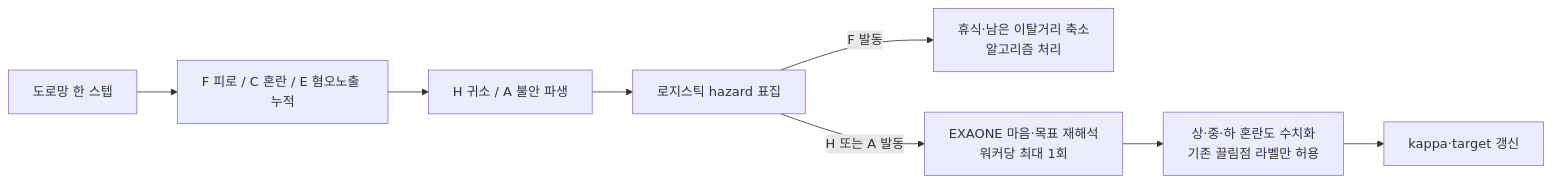
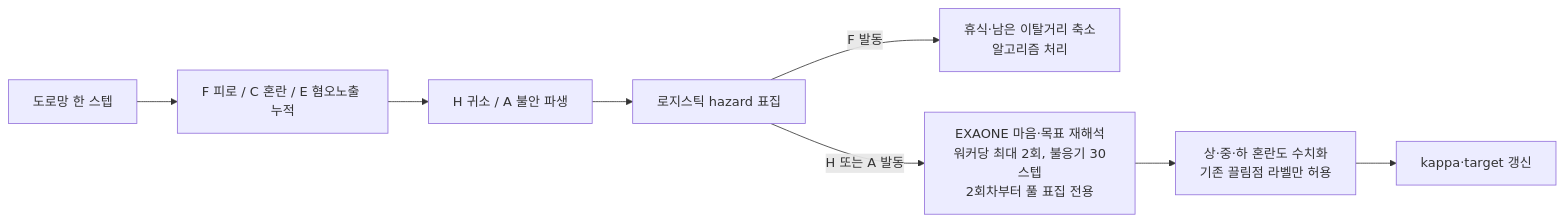
One commit to Donghaeng-AI-ROOKIE/Come-back-home changed the eighth of 12 diagrams in docs/IMPLEMENTATION_ARCHITECTURE.md. Above: the diagram before and after it, drawn with Mermaid. The commit also changed other lines of this file and 6 other files, not shown here.

````diff
--- a/docs/IMPLEMENTATION_ARCHITECTURE.md
+++ b/docs/IMPLEMENTATION_ARCHITECTURE.md
@@ -427,10 +427,10 @@
 ```mermaid
 flowchart LR
     STEP["도로망 한 스텝"] --> FCE["F 피로 / C 혼란 / E 혐오노출 누적"]
     FCE --> HA["H 귀소 / A 불안 파생"]
     HA --> HAZ["로지스틱 hazard 표집"]
     HAZ -- "F 발동" --> ALG["휴식·남은 이탈거리 축소<br/>알고리즘 처리"]
-    HAZ -- "H 또는 A 발동" --> LLM["EXAONE 마음·목표 재해석<br/>워커당 최대 1회"]
+    HAZ -- "H 또는 A 발동" --> LLM["EXAONE 마음·목표 재해석<br/>워커당 최대 2회, 불응기 30스텝<br/>2회차부터 풀 표집 전용"]
     LLM --> SAFE["상·중·하 혼란도 수치화<br/>기존 끌림점 라벨만 허용"]
     SAFE --> MOVE["kappa·target 갱신"]
 ```
````
